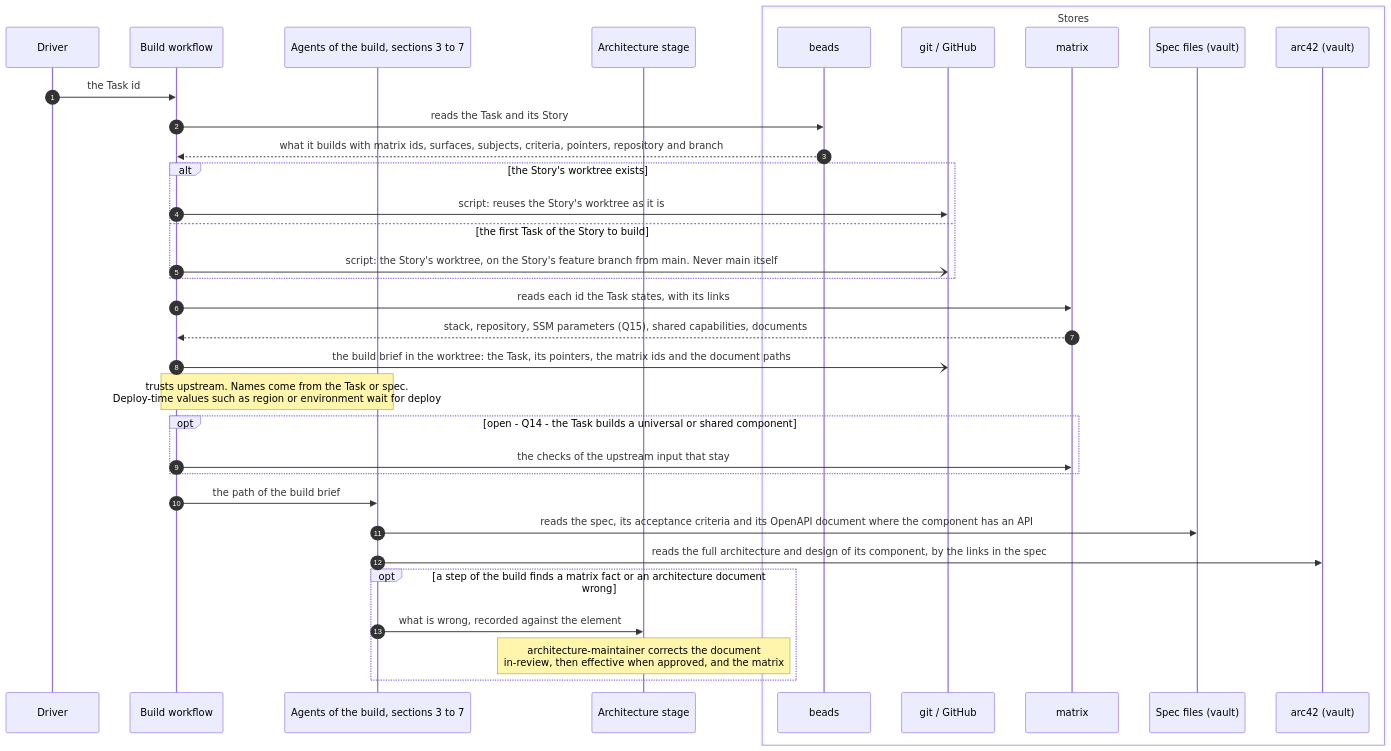
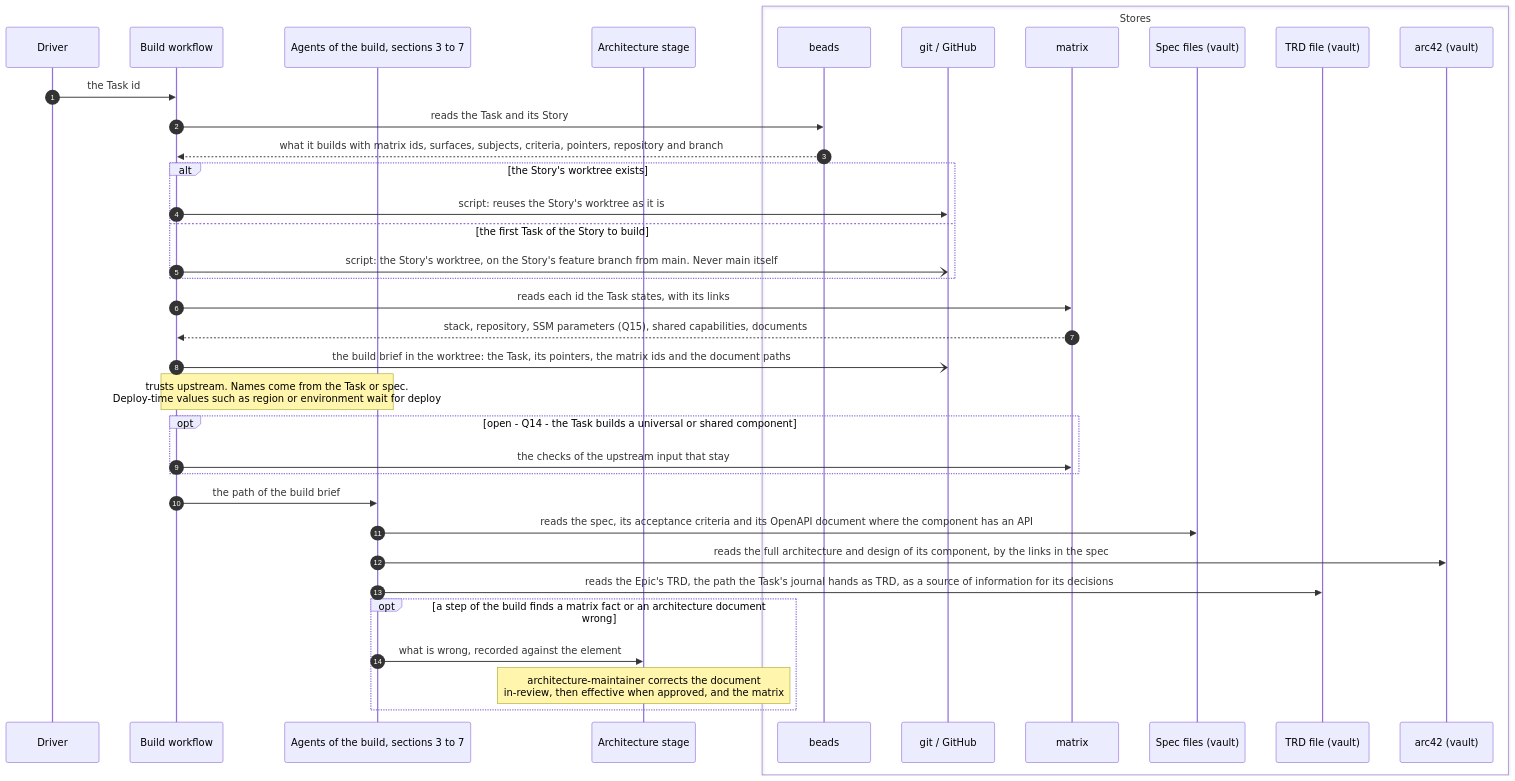
The second of 8 diagrams in plugins/agent-teams-workforce/blueprint/design/pipelines-build.md (mark-satterfield/toolset), drawn with Mermaid before and after one commit. The commit also changed 19 other files, not shown here.

First line of the commit message:
feat(agent-teams-workforce): the TRD initial write is the first architecture step, updated after arc42

````diff
--- a/plugins/agent-teams-workforce/blueprint/design/pipelines-build.md
+++ b/plugins/agent-teams-workforce/blueprint/design/pipelines-build.md
@@ -177,38 +177,40 @@
 ```mermaid
 sequenceDiagram
     autonumber
     participant DR as Driver
     participant WF as Build workflow
     participant AG as Agents of the build, sections 3 to 7
     participant AR as Architecture stage
     box Stores
         participant BD as beads
         participant G as git / GitHub
         participant MX as matrix
         participant SP as Spec files (vault)
+        participant T as TRD file (vault)
         participant A42 as arc42 (vault)
     end
 
     DR->>WF: the Task id
     WF->>BD: reads the Task and its Story
     BD-->>WF: what it builds with matrix ids, surfaces, subjects, criteria, pointers, repository and branch
     alt the Story's worktree exists
         WF->>G: script: reuses the Story's worktree as it is
     else the first Task of the Story to build
         WF-)G: script: the Story's worktree, on the Story's feature branch from main. Never main itself
     end
     WF->>MX: reads each id the Task states, with its links
     MX-->>WF: stack, repository, SSM parameters (Q15), shared capabilities, documents
     WF-)G: the build brief in the worktree: the Task, its pointers, the matrix ids and the document paths
     Note over WF,AG: trusts upstream. Names come from the Task or spec.<br/>Deploy-time values such as region or environment wait for deploy
     opt open - Q14 - the Task builds a universal or shared component
         WF->>MX: the checks of the upstream input that stay
     end
     WF->>AG: the path of the build brief
     AG->>SP: reads the spec, its acceptance criteria and its OpenAPI document where the component has an API
     AG->>A42: reads the full architecture and design of its component, by the links in the spec
+    AG->>T: reads the Epic's TRD, the path the Task's journal hands as TRD, as a source of information for its decisions
     opt a step of the build finds a matrix fact or an architecture document wrong
         AG->>AR: what is wrong, recorded against the element
         Note over AR: architecture-maintainer corrects the document<br/>in-review, then effective when approved, and the matrix
     end
 ```
````
